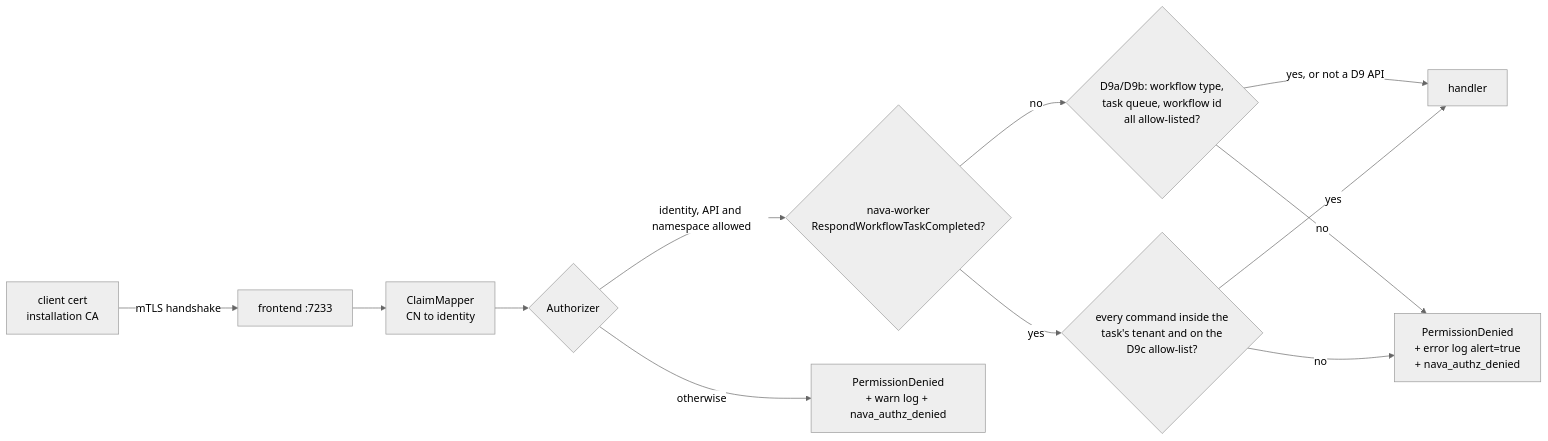
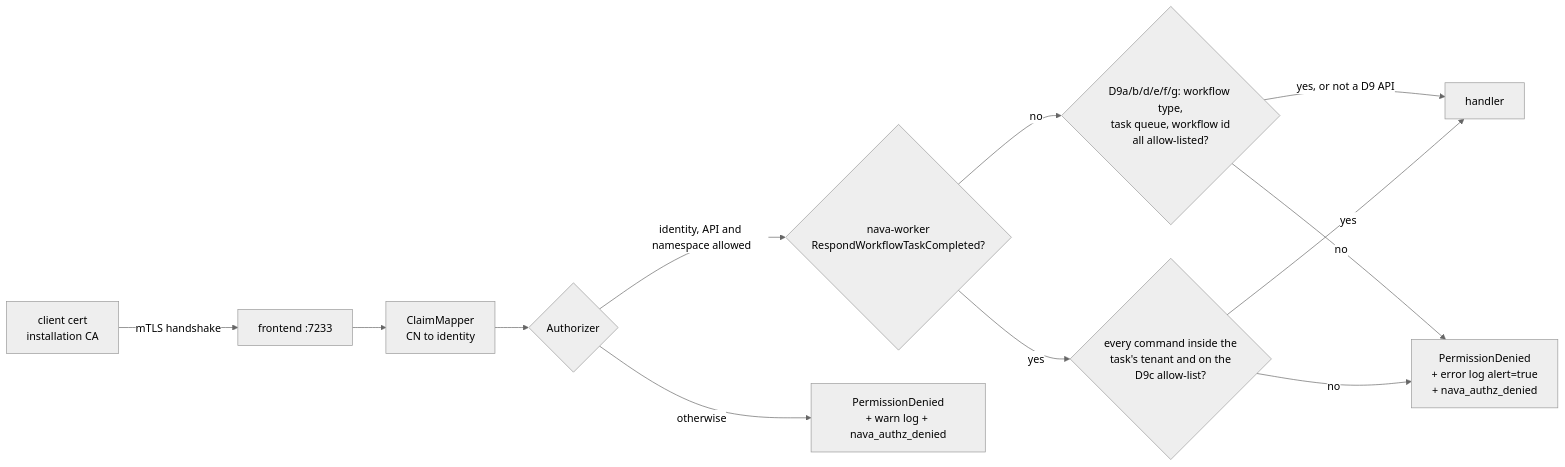
The diagram in docs/temporal-server.md (Navaladi2019/TicketingSystem), drawn with Mermaid (neutral theme) before and after one commit. The commit also changed other lines of this file and 10 other files, not shown here.

````diff
--- a/docs/temporal-server.md
+++ b/docs/temporal-server.md
@@ -10,14 +10,14 @@
 ```mermaid
 flowchart LR
   C[client cert<br/>installation CA] -->|mTLS handshake| F[frontend :7233]
   F --> CM[ClaimMapper<br/>CN to identity]
   CM --> AZ{Authorizer}
   AZ -->|identity, API and namespace allowed| CI{nava-worker<br/>RespondWorkflowTaskCompleted?}
-  CI -->|no| WL{D9a/D9b: workflow type,<br/>task queue, workflow id<br/>all allow-listed?}
+  CI -->|no| WL{D9a/b/d/e/f/g: workflow type,<br/>task queue, workflow id<br/>all allow-listed?}
   WL -->|yes, or not a D9 API| H[handler]
   WL -->|no| DC
   CI -->|yes| INS{every command inside the<br/>task's tenant and on the<br/>D9c allow-list?}
   INS -->|yes| H
   INS -->|no| DC[PermissionDenied<br/>+ error log alert=true<br/>+ nava_authz_denied]
   AZ -->|otherwise| D[PermissionDenied<br/>+ warn log + nava_authz_denied]
 ```
````
